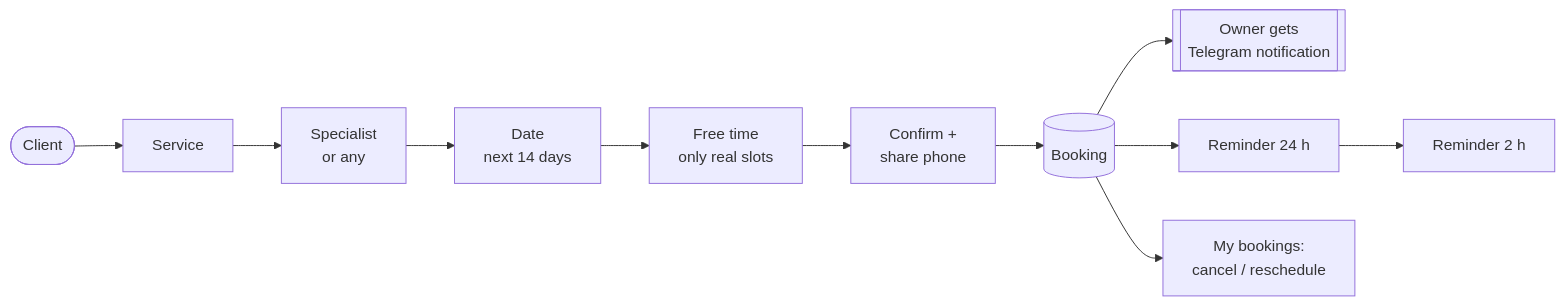
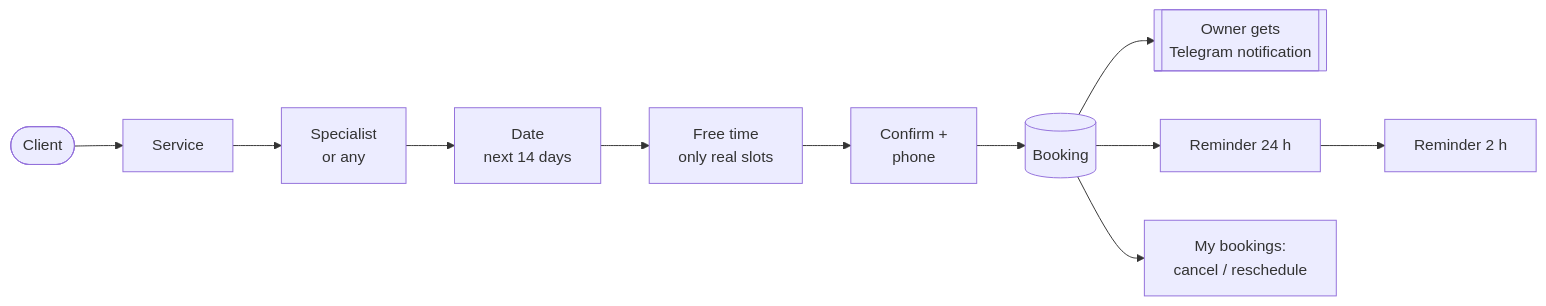
One commit to zhangir777/telegram-booking-bot changed the diagram in README.md. Above: the diagram before and after it, drawn with Mermaid. The commit also changed other lines of this file and 6 other files, not shown here.

Commit message:
Accept typed phone numbers, remove confirm buttons after tap, hide contact keyboard on exit

````diff
--- a/README.md
+++ b/README.md
@@ -11,8 +11,8 @@
 ```mermaid
 flowchart LR
-    C([Client]) --> S[Service] --> M[Specialist<br/>or any] --> D[Date<br/>next 14 days] --> T[Free time<br/>only real slots] --> OK[Confirm +<br/>share phone]
+    C([Client]) --> S[Service] --> M[Specialist<br/>or any] --> D[Date<br/>next 14 days] --> T[Free time<br/>only real slots] --> OK[Confirm +<br/>phone]
     OK --> B[(Booking)]
     B --> A[[Owner gets<br/>Telegram notification]]
     B --> R1[Reminder 24 h] --> R2[Reminder 2 h]
     B --> MY[My bookings:<br/>cancel / reschedule]
 ```
````
